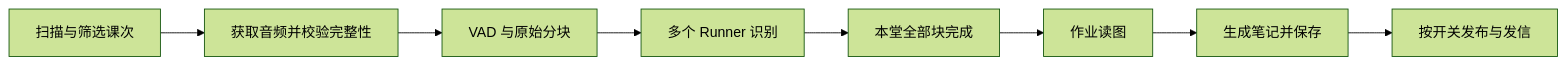
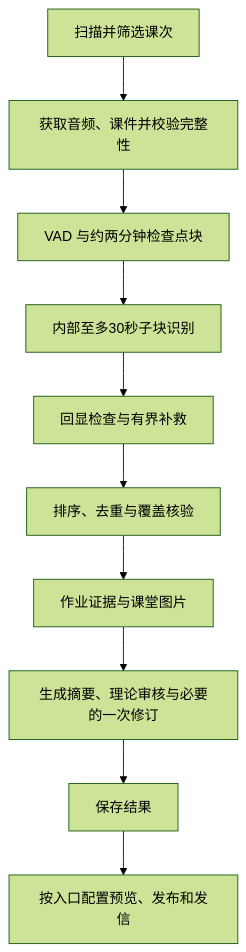
The diagram in README.md (Lucasuiii/iCourseNotes), drawn with Mermaid (forest theme) before and after one commit. The commit also changed other lines of this file and 4 other files, not shown here.

````diff
--- a/README.md
+++ b/README.md
@@ -38,10 +23,12 @@
 ```mermaid
-flowchart LR
-    A[扫描与筛选课次] --> B[获取音频并校验完整性]
-    B --> C[VAD 与原始分块]
-    C --> D[多个 Runner 识别]
-    D --> E[本堂全部块完成]
-    E --> F[作业读图]
-    F --> G[生成笔记并保存]
-    G --> H[按开关发布与发信]
+flowchart TD
+    A[扫描并筛选课次] --> B[获取音频、课件并校验完整性]
+    B --> C[VAD 与约两分钟检查点块]
+    C --> D[内部至多30秒子块识别]
+    D --> E[回显检查与有界补救]
+    E --> F[排序、去重与覆盖核验]
+    F --> G[作业证据与课堂图片]
+    G --> H[生成摘要、理论审核与必要的一次修订]
+    H --> I[保存结果]
+    I --> J[按入口配置预览、发布和发信]
 ```
````
